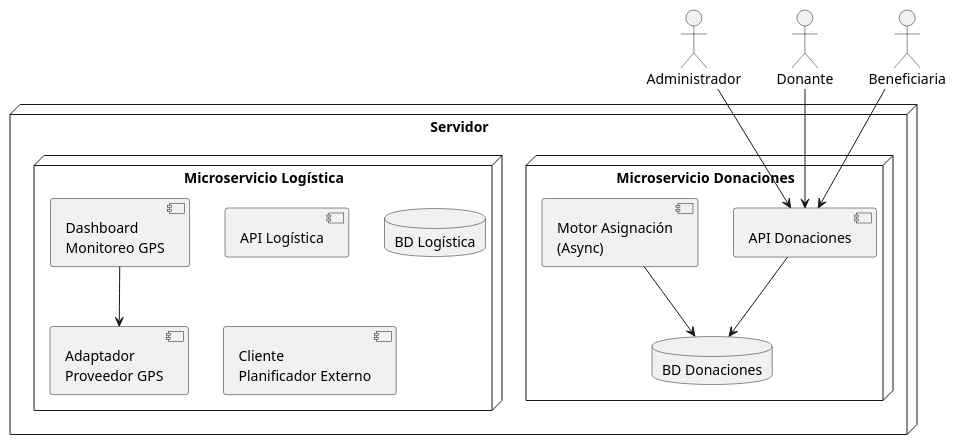
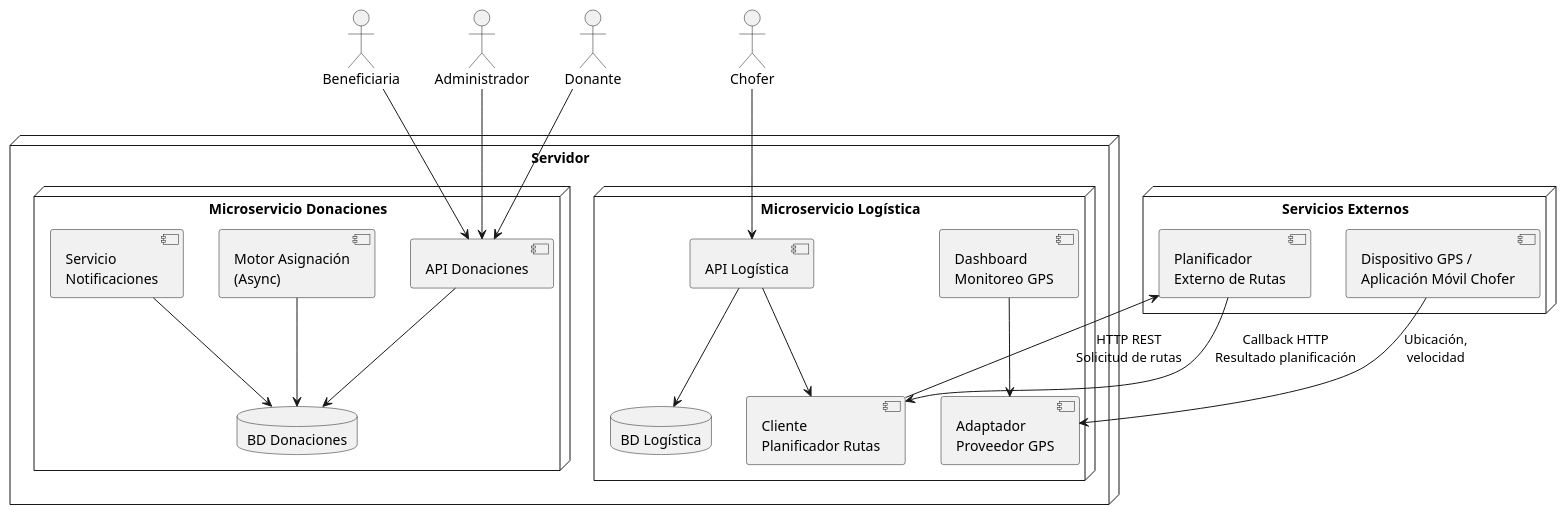
The diagram in Diagramas/diagramaDeDespliegue_2.puml (snmaccio-dev/TPA-DDS), drawn with PlantUML before and after one commit. The commit also changed 1 other file, not shown here.

Commit message:
Diagrama de despliegue

```diff
--- a/Diagramas/diagramaDeDespliegue_2.puml
+++ b/Diagramas/diagramaDeDespliegue_2.puml
@@ -1,51 +1,79 @@
 @startuml
 
 actor Administrador
 actor Donante
 actor Beneficiaria
+actor Chofer
 
 
 node "Servidor" {
 
 
-node "Microservicio Donaciones" {
+    node "Microservicio Donaciones" {
 
-component "API Donaciones" as apiDonaciones
+        component "API Donaciones" as apiDonaciones
 
-database "BD Donaciones" as bdDonaciones
+        database "BD Donaciones" as bdDonaciones
 
-component "Motor Asignación\n(Async)" as motor
+        component "Motor Asignación\n(Async)" as motor
+
+        component "Servicio\nNotificaciones" as notificador
 
 
-apiDonaciones --> bdDonaciones
-motor --> bdDonaciones
+        apiDonaciones --> bdDonaciones
+        motor --> bdDonaciones
+        notificador --> bdDonaciones
+    }
+
+
+
+    node "Microservicio Logística" {
+
+        component "API Logística" as apiLogistica
+
+        database "BD Logística" as bdLogistica
+
+        component "Dashboard\nMonitoreo GPS" as dashboard
+
+        component "Adaptador\nProveedor GPS" as gps
+
+        component "Cliente\nPlanificador Rutas" as clientePlanner
+
+
+        apiLogistica --> bdLogistica
+
+        dashboard --> gps
+
+        apiLogistica --> clientePlanner
+    }
 
 }
 
 
-node "Microservicio Logística" {
+node "Servicios Externos" {
 
-component "API Logística" as apiLogistica
+    component "Planificador\nExterno de Rutas" as planificador
 
-database "BD Logística" as bdLogistica
-
-component "Dashboard\nMonitoreo GPS" as dashboard
-
-component "Adaptador\nProveedor GPS" as gps
-
-component "Cliente\nPlanificador Externo" as planner
-
-
-dashboard --> gps
-
-}
-
+    component "Dispositivo GPS /\nAplicación Móvil Chofer" as proveedorGPS
 
 }
 
 
 Administrador --> apiDonaciones
+
 Donante --> apiDonaciones
+
 Beneficiaria --> apiDonaciones
 
+Chofer --> apiLogistica
+
+
+clientePlanner --> planificador : HTTP REST\nSolicitud de rutas
+
+planificador --> clientePlanner : Callback HTTP\nResultado planificación
+
+
+proveedorGPS --> gps : Ubicación,\nvelocidad
+
+
 @enduml
```
